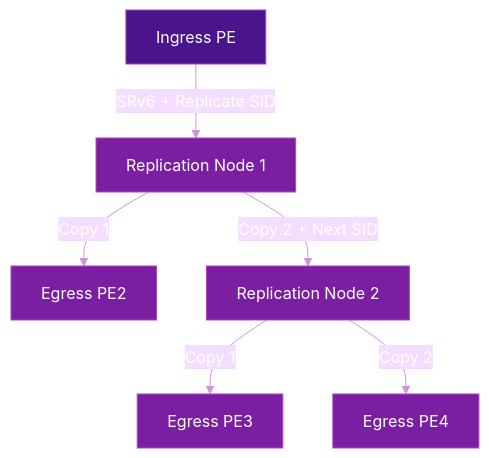
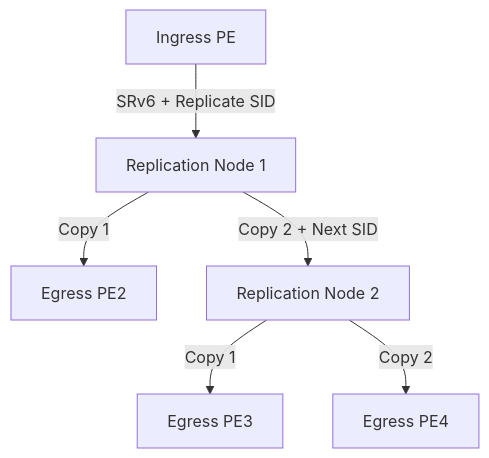
One commit to eldaninavas/srv6.md changed the second of 4 diagrams in docs/topics/multicast.md. Above: the diagram before and after it, drawn with Mermaid. The commit also changed other lines of this file and 29 other files, not shown here.

First line of the commit message:
fix(mermaid): apply theme-aware colors site-wide

````diff
--- a/docs/topics/multicast.md
+++ b/docs/topics/multicast.md
@@ -108,16 +101,8 @@
 ```mermaid
-%%{init: {"theme": "base", "themeVariables": {"primaryTextColor": "#fff", "lineColor": "#ce93d8", "textColor": "#fff"}}}%%
 graph TD
     PE1[Ingress PE] -->|SRv6 + Replicate SID| R1[Replication Node 1]
     R1 -->|Copy 1| PE2[Egress PE2]
     R1 -->|Copy 2 + Next SID| R2[Replication Node 2]
     R2 -->|Copy 1| PE3[Egress PE3]
     R2 -->|Copy 2| PE4[Egress PE4]
-
-    style PE1 fill:#4a148c,color:#fff,stroke:#ab47bc
-    style R1 fill:#7b1fa2,color:#fff,stroke:#ab47bc
-    style R2 fill:#7b1fa2,color:#fff,stroke:#ab47bc
-    style PE2 fill:#7b1fa2,color:#fff,stroke:#ab47bc
-    style PE3 fill:#7b1fa2,color:#fff,stroke:#ab47bc
-    style PE4 fill:#7b1fa2,color:#fff,stroke:#ab47bc
 ```
````
